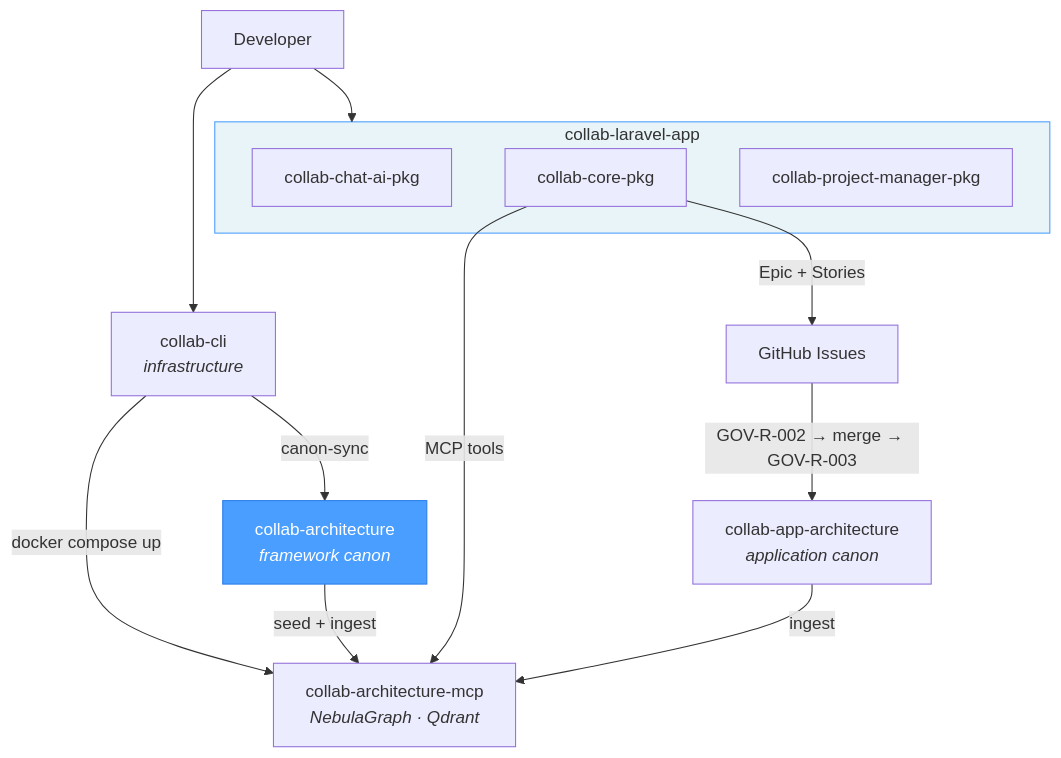
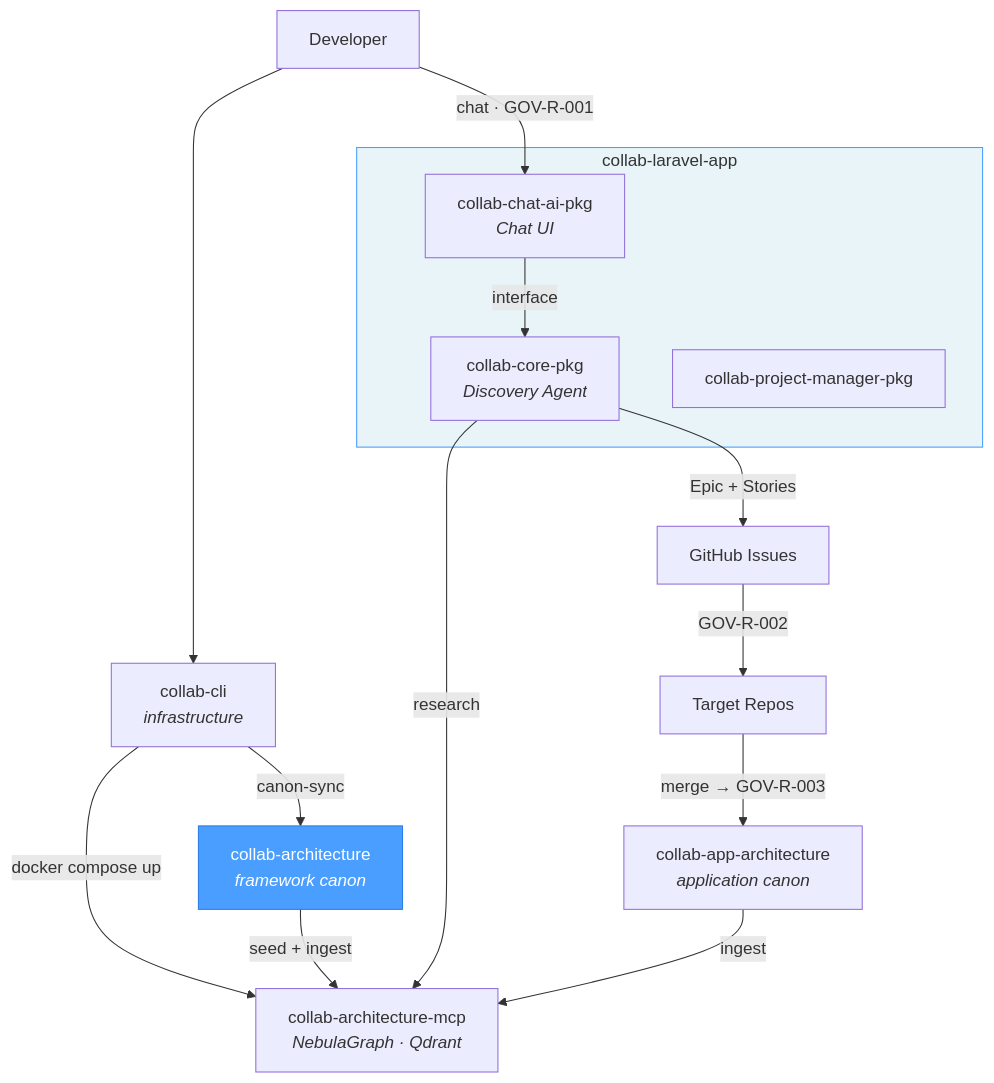
Before and after one commit to uxmaltech/collab-architecture: the diagram in README.md, drawn with Mermaid.

Commit message:
docs: update ecosystem diagram with Discovery Agent flow
Add Discovery Agent lifecycle to the ecosystem diagram:
Developer → chat-ai-pkg (Chat UI) → core-pkg (Discovery Agent) → Epic + Stories →
GitHub Issues → Target Repos (GOV-R-002) → app-architecture (GOV-R-003 canon sync)

````diff
--- a/README.md
+++ b/README.md
@@ -16,24 +16,27 @@
 ```mermaid
 graph TD
     DEV[Developer] --> CLI[collab-cli<br><i>infrastructure</i>]
 
     subgraph APP["collab-laravel-app"]
-        CHAT[collab-chat-ai-pkg]
-        CORE[collab-core-pkg]
+        CHAT[collab-chat-ai-pkg<br><i>Chat UI</i>]
+        CORE[collab-core-pkg<br><i>Discovery Agent</i>]
         PM[collab-project-manager-pkg]
+        CHAT -- interface --> CORE
     end
 
-    DEV --> APP
+    DEV -- "chat · GOV-R-001" --> CHAT
 
     CLI -- canon-sync --> CA[collab-architecture<br><i>framework canon</i>]
     CLI -- docker compose up --> MCP[collab-architecture-mcp<br><i>NebulaGraph · Qdrant</i>]
     CA -- seed + ingest --> MCP
 
-    CORE -- MCP tools --> MCP
+    CORE -- research --> MCP
     CORE -- "Epic + Stories" --> GH[GitHub Issues]
-    GH -- "GOV-R-002 → merge → GOV-R-003" --> BCA[collab-app-architecture<br><i>application canon</i>]
+
+    GH -- "GOV-R-002" --> REPOS[Target Repos]
+    REPOS -- "merge → GOV-R-003" --> BCA[collab-app-architecture<br><i>application canon</i>]
     BCA -- ingest --> MCP
 
     style CA fill:#4a9eff,stroke:#2b7de9,color:#fff
     style APP fill:#e8f4f8,stroke:#4a9eff
 ```
````
